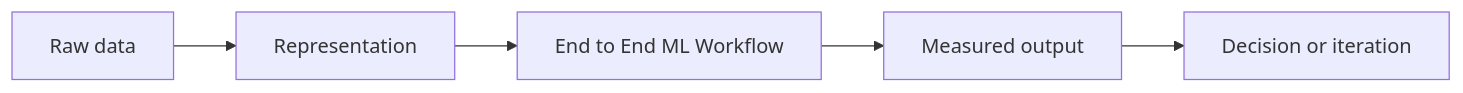
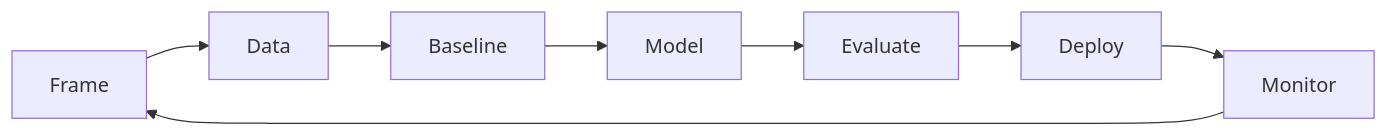
Before and after one commit to Icon1cc/Machine-Learning: the diagram in fundamentals/10-end-to-end-ml-workflow.md, drawn with Mermaid. The commit also changed other lines of this file and 264 other files, not shown here.

````diff
--- a/fundamentals/10-end-to-end-ml-workflow.md
+++ b/fundamentals/10-end-to-end-ml-workflow.md
@@ -92,7 +66,10 @@
 ```mermaid
 flowchart LR
-    A[Raw data] --> B[Representation]
-    B --> C[End to End ML Workflow]
-    C --> D[Measured output]
-    D --> E[Decision or iteration]
+    F[Frame] --> D[Data]
+    D --> B[Baseline]
+    B --> M[Model]
+    M --> E[Evaluate]
+    E --> Dp[Deploy]
+    Dp --> Mo[Monitor]
+    Mo --> F
 ```
````
